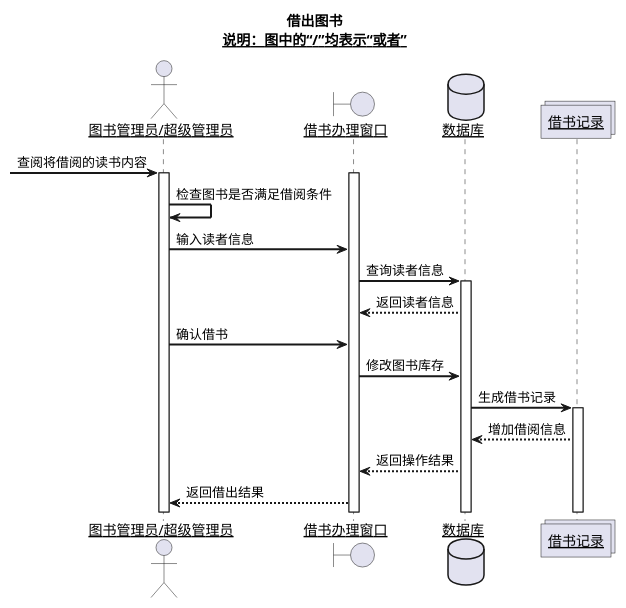
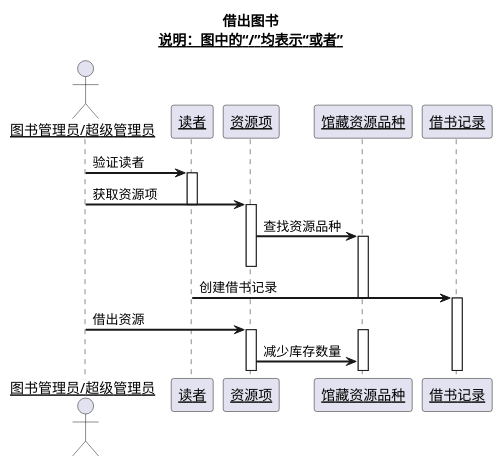
The diagram in test4/sequence3.md (Landy7/is_analysis), drawn with PlantUML before and after one commit. The commit also changed 24 other files, not shown here.

```diff
--- a/test4/sequence3.md
+++ b/test4/sequence3.md
@@ -1,29 +1,30 @@
 @startuml
 title
  借出图书
  <u>说明：图中的“/”均表示“或者”</u>
 end title
 skinparam sequenceArrowThickness 2
 skinparam maxmessagesize 60
 skinparam sequenceParticipant underline
 actor "图书管理员/超级管理员" as U
-boundary "借书办理窗口   " as A
-database "数据库" as B
-collections "借书记录" as C
--> U:查阅将借阅的读书内容
-activate U
+participant "读者" as A
+participant "资源项" as B
+participant "馆藏资源品种" as C
+participant "借书记录" as D
+U ->A:验证读者
 activate A
-U ->U:检查图书是否满足借阅条件
-U ->A:输入读者信息
-A ->B:查询读者信息
+U ->B:获取资源项
+deactivate A
 activate B
-B -->A:返回读者信息
-U ->A:确认借书
-A ->B:修改图书库存
-B ->C:生成借书记录
+B ->C:查找资源品种
 activate C
-C -->B:增加借阅信息
-B -->A:返回操作结果
-A -->U:返回借出结果
+deactivate B
+A ->D:创建借书记录
+deactivate C
+activate D
+U ->B:借出资源
+activate B
+activate C
+B ->C:减少库存数量
 
 @enduml
```
